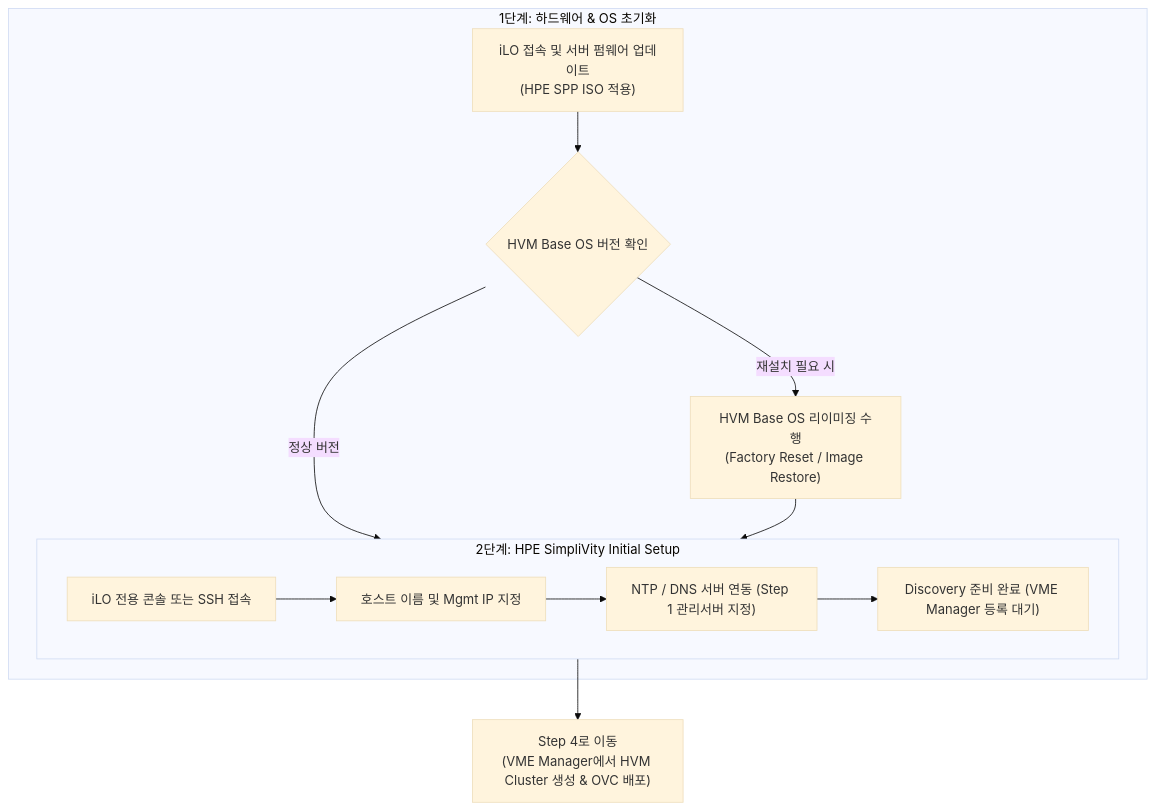
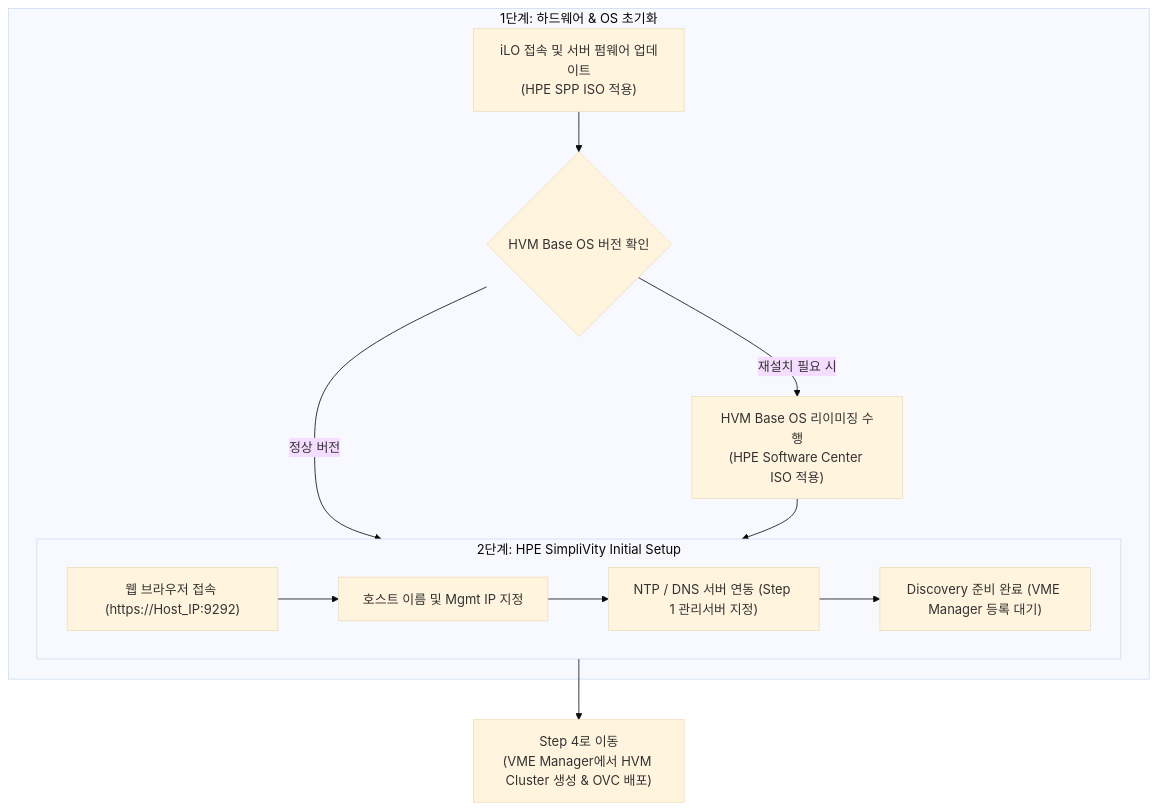
One commit to CheolKyunYU/ck.log changed the diagram in content/posts/03_SimpliVity_노드_Initial_Setup/index.md. Above: the diagram before and after it, drawn with Mermaid (base theme). The commit also changed other lines of this file and 12 other files, not shown here.

````diff
--- a/content/posts/03_SimpliVity_노드_Initial_Setup/index.md
+++ b/content/posts/03_SimpliVity_노드_Initial_Setup/index.md
@@ -41,17 +41,17 @@
 ```mermaid
 flowchart TD
     subgraph Phase1["1단계: 하드웨어 & OS 초기화"]
         A1["iLO 접속 및 서버 펌웨어 업데이트<br/>(HPE SPP ISO 적용)"] --> A2{"HVM Base OS 버전 확인"}
-        A2 -- "재설치 필요 시" --> A3["HVM Base OS 리이미징 수행<br/>(Factory Reset / Image Restore)"]
+        A2 -- "재설치 필요 시" --> A3["HVM Base OS 리이미징 수행<br/>(HPE Software Center ISO 적용)"]
         A2 -- "정상 버전" --> Phase2
         A3 --> Phase2
     end
 
     subgraph Phase2["2단계: HPE SimpliVity Initial Setup"]
-        B1["iLO 전용 콘솔 또는 SSH 접속"] --> B2["호스트 이름 및 Mgmt IP 지정"]
+        B1["웹 브라우저 접속 (https://Host_IP:9292)"] --> B2["호스트 이름 및 Mgmt IP 지정"]
         B2 --> B3["NTP / DNS 서버 연동 (Step 1 관리서버 지정)"]
         B3 --> B4["Discovery 준비 완료 (VME Manager 등록 대기)"]
     end
 
     Phase2 --> Next["Step 4로 이동<br/>(VME Manager에서 HVM Cluster 생성 & OVC 배포)"]
 ```
````
